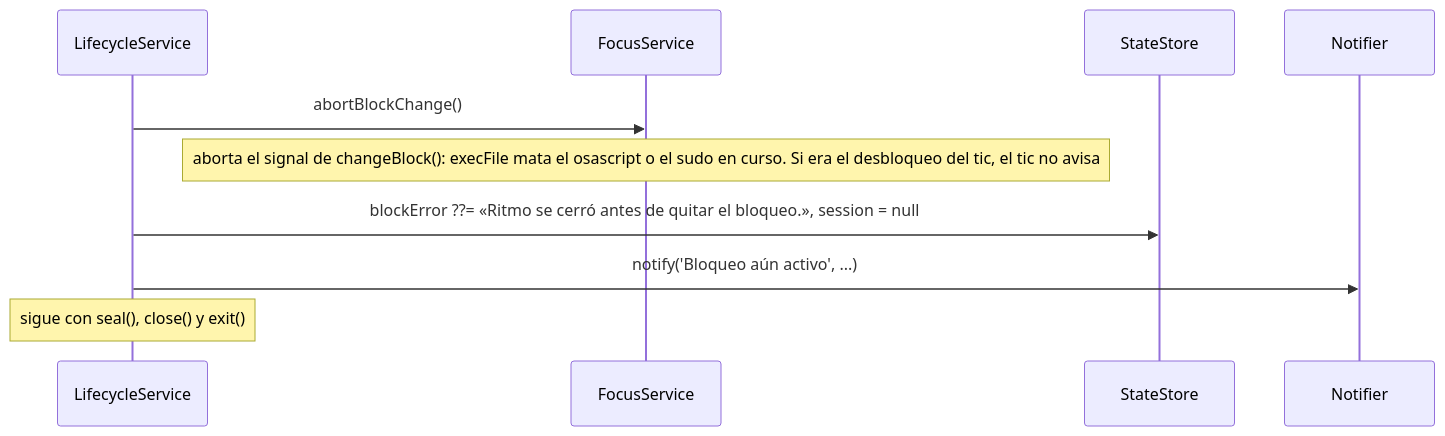
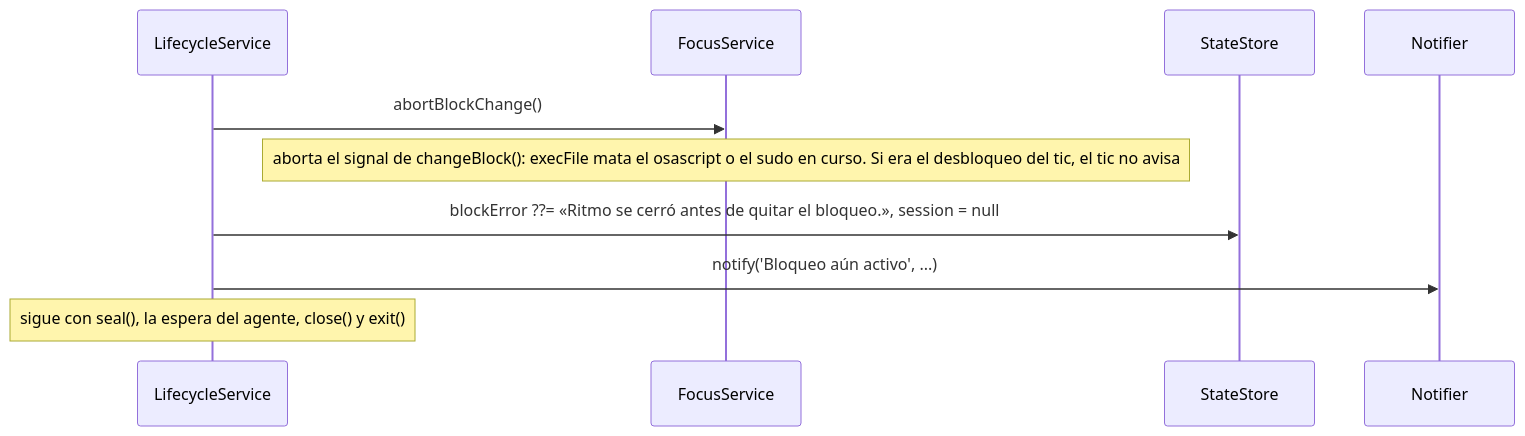
Before and after one commit to DevJuan95/ritmo: the ninth of 13 diagrams in docs/arquitectura.md, drawn with Mermaid. The commit also changed other lines of this file and 9 other files, not shown here.

````diff
--- a/docs/arquitectura.md
+++ b/docs/arquitectura.md
@@ -319,13 +324,13 @@
 ```mermaid
 sequenceDiagram
   participant L as LifecycleService
   participant F as FocusService
   participant S as StateStore
   participant N as Notifier
 
   L->>F: abortBlockChange()
   Note over F: aborta el signal de changeBlock(): execFile mata el osascript o el sudo en curso. Si era el desbloqueo del tic, el tic no avisa
   L->>S: blockError ??= «Ritmo se cerró antes de quitar el bloqueo.», session = null
   L->>N: notify('Bloqueo aún activo', ...)
-  Note over L: sigue con seal(), close() y exit()
+  Note over L: sigue con seal(), la espera del agente, close() y exit()
 ```
````
